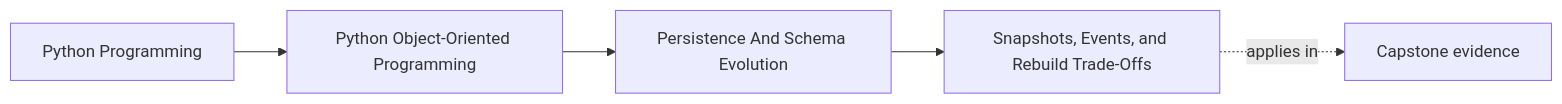
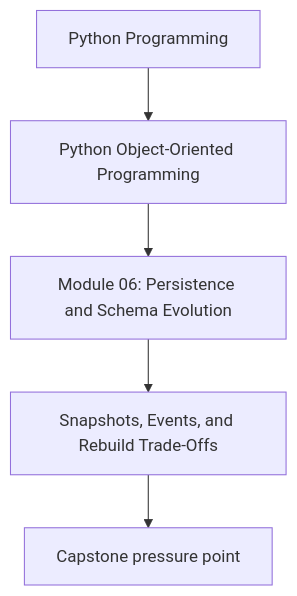
One commit to bijux/bijux-masterclass changed the first of 2 diagrams in programs/python-programming/python-object-oriented-programming/course-book/module-06-persistence-and-schema-evolution/snapshots-events-and-rebuild-trade-offs.md. Above: the diagram before and after it, drawn with Mermaid. The commit also changed other lines of this file and 107 other files, not shown here.

Commit message:
docs(python-object-oriented-programming): align concept page diagrams

````diff
--- a/programs/python-programming/python-object-oriented-programming/course-book/module-06-persistence-and-schema-evolution/snapshots-events-and-rebuild-trade-offs.md
+++ b/programs/python-programming/python-object-oriented-programming/course-book/module-06-persistence-and-schema-evolution/snapshots-events-and-rebuild-trade-offs.md
@@ -7,11 +7,7 @@
 ```mermaid
-graph LR
-  family["Python Programming"]
-  program["Python Object-Oriented Programming"]
-  section["Persistence And Schema Evolution"]
-  page["Snapshots, Events, and Rebuild Trade-Offs"]
-  capstone["Capstone evidence"]
-
-  family --> program --> section --> page
-  page -.applies in.-> capstone
+flowchart TD
+  family["Python Programming"] --> program["Python Object-Oriented Programming"]
+  program --> module["Module 06: Persistence and Schema Evolution"]
+  module --> concept["Snapshots, Events, and Rebuild Trade-Offs"]
+  concept --> capstone["Capstone pressure point"]
 ```
````
